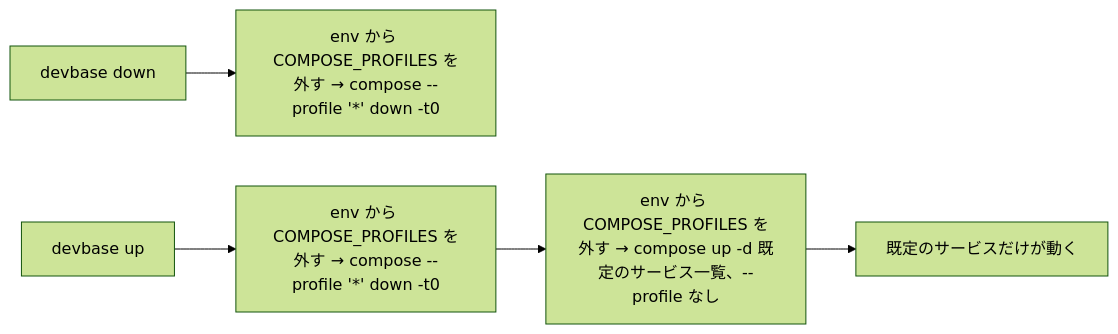
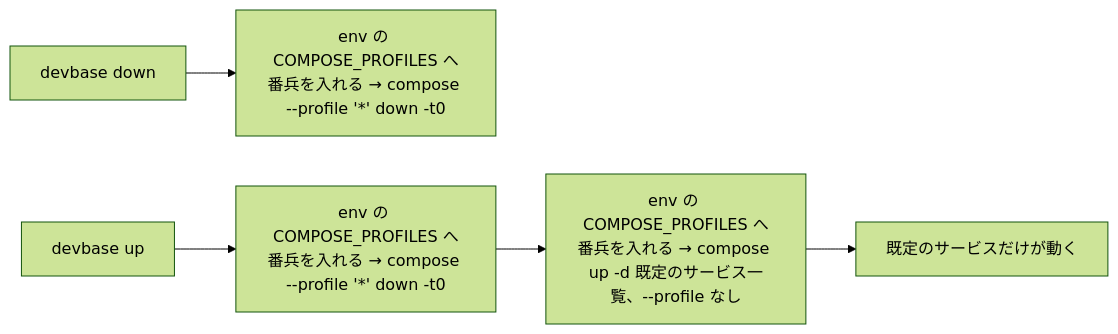
One commit to devbasex/devbase changed the sixth of 6 diagrams in issues/PLAN58_compose-profiles-design.md. Above: the diagram before and after it, drawn with Mermaid (forest theme). The commit also changed other lines of this file and 2 other files, not shown here.

First line of the commit message:
docs(PLAN58): COMPOSE_PROFILES を番兵の名前で上書きする方式へ改める (#189)

````diff
--- a/issues/PLAN58_compose-profiles-design.md
+++ b/issues/PLAN58_compose-profiles-design.md
@@ -307,7 +307,7 @@
 ```mermaid
 graph LR
-    A[devbase down] --> B["env から COMPOSE_PROFILES を外す → compose --profile '*' down -t0"]
-    C[devbase up] --> D["env から COMPOSE_PROFILES を外す → compose --profile '*' down -t0"]
-    D --> E["env から COMPOSE_PROFILES を外す → compose up -d 既定のサービス一覧、--profile なし"]
+    A[devbase down] --> B["env の COMPOSE_PROFILES へ番兵を入れる → compose --profile '*' down -t0"]
+    C[devbase up] --> D["env の COMPOSE_PROFILES へ番兵を入れる → compose --profile '*' down -t0"]
+    D --> E["env の COMPOSE_PROFILES へ番兵を入れる → compose up -d 既定のサービス一覧、--profile なし"]
     E --> F[既定のサービスだけが動く]
 ```
````
